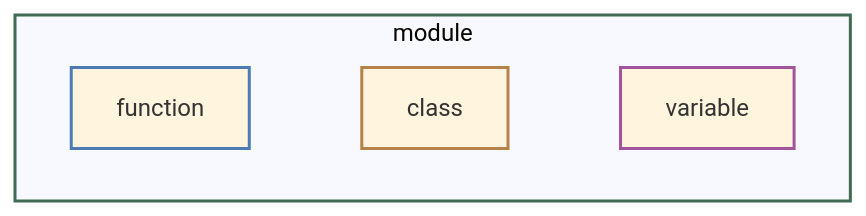
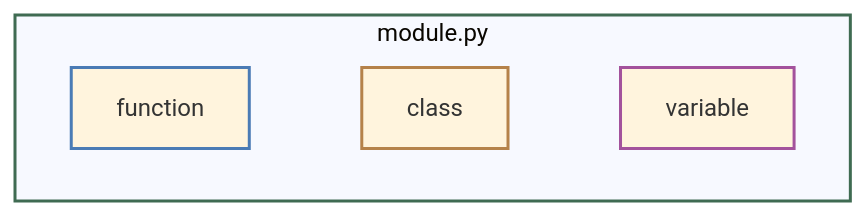
The third of 4 diagrams in docs/modules.md (luka-sherman/python-field-guide), drawn with Mermaid (base theme) before and after one commit. The commit also changed other lines of this file, not shown here.

Commit message:
update modules diagram

````diff
--- a/docs/modules.md
+++ b/docs/modules.md
@@ -79,12 +79,12 @@
 ```mermaid
 flowchart LR
-    subgraph module["module"]
+    subgraph module["module.py"]
         direction LR
         function["function"] ~~~ class1["class"] ~~~ variable["variable"]
     end
 
     style module stroke:#3f6b52,stroke-width:2px
     style function stroke:#4a7bb5,stroke-width:2px
     style class1 stroke:#b5824a,stroke-width:2px
     style variable stroke:#a3529c,stroke-width:2px
 ```
````
